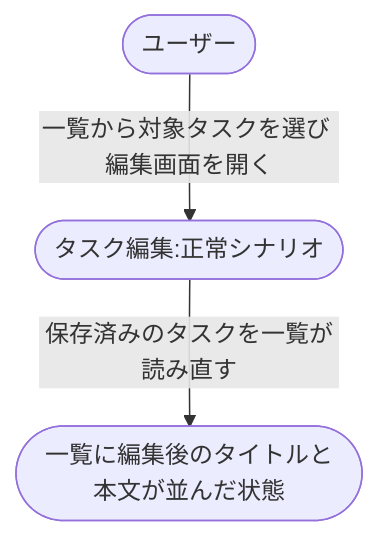
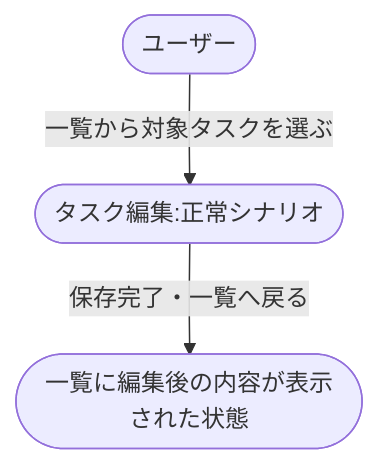
One commit to shuhei1101/ai-monitor-e2e changed the first of 2 diagrams in docs/wiki/設計図/シナリオ/複合ユースケース/タスク編集から一覧反映.md. Above: the diagram before and after it, drawn with Mermaid. The commit also changed other lines of this file, not shown here.

````diff
--- a/docs/wiki/設計図/シナリオ/複合ユースケース/タスク編集から一覧反映.md
+++ b/docs/wiki/設計図/シナリオ/複合ユースケース/タスク編集から一覧反映.md
@@ -18,7 +22,7 @@
 ```mermaid
 flowchart TD
-  A([ユーザー]) -->|一覧から対象タスクを選び 編集画面を開く| UC1([タスク編集:正常シナリオ])
-  UC1 -->|保存済みのタスクを一覧が読み直す| S1([一覧に編集後のタイトルと本文が並んだ状態])
+  U0([ユーザー]) -->|一覧から対象タスクを選ぶ| UC1([タスク編集:正常シナリオ])
+  UC1 -->|保存完了・一覧へ戻る| DONE([一覧に編集後の内容が表示された状態])
 
   click UC1 "../単一ユースケース/タスク編集.md#正常シナリオ"
 ```
````
